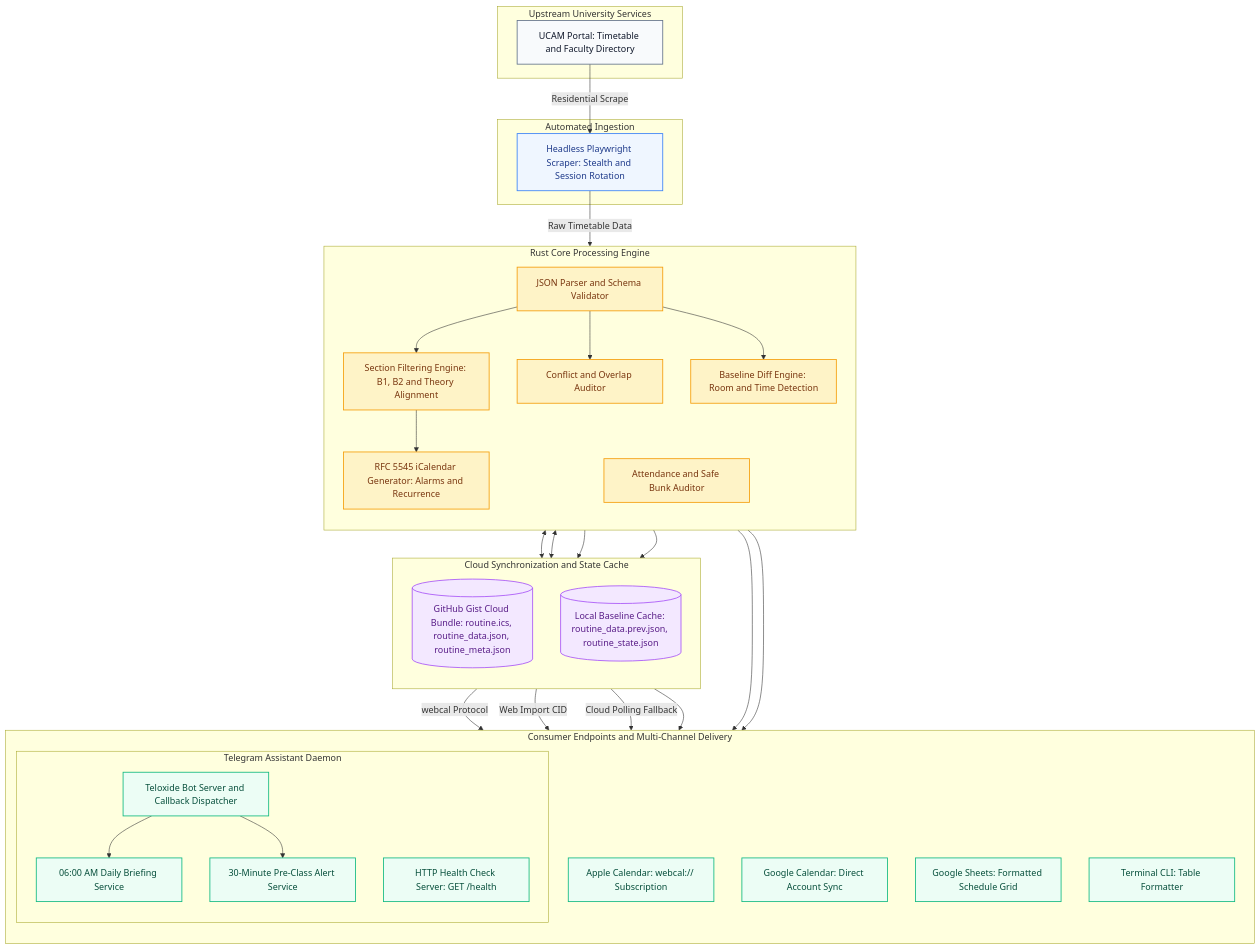
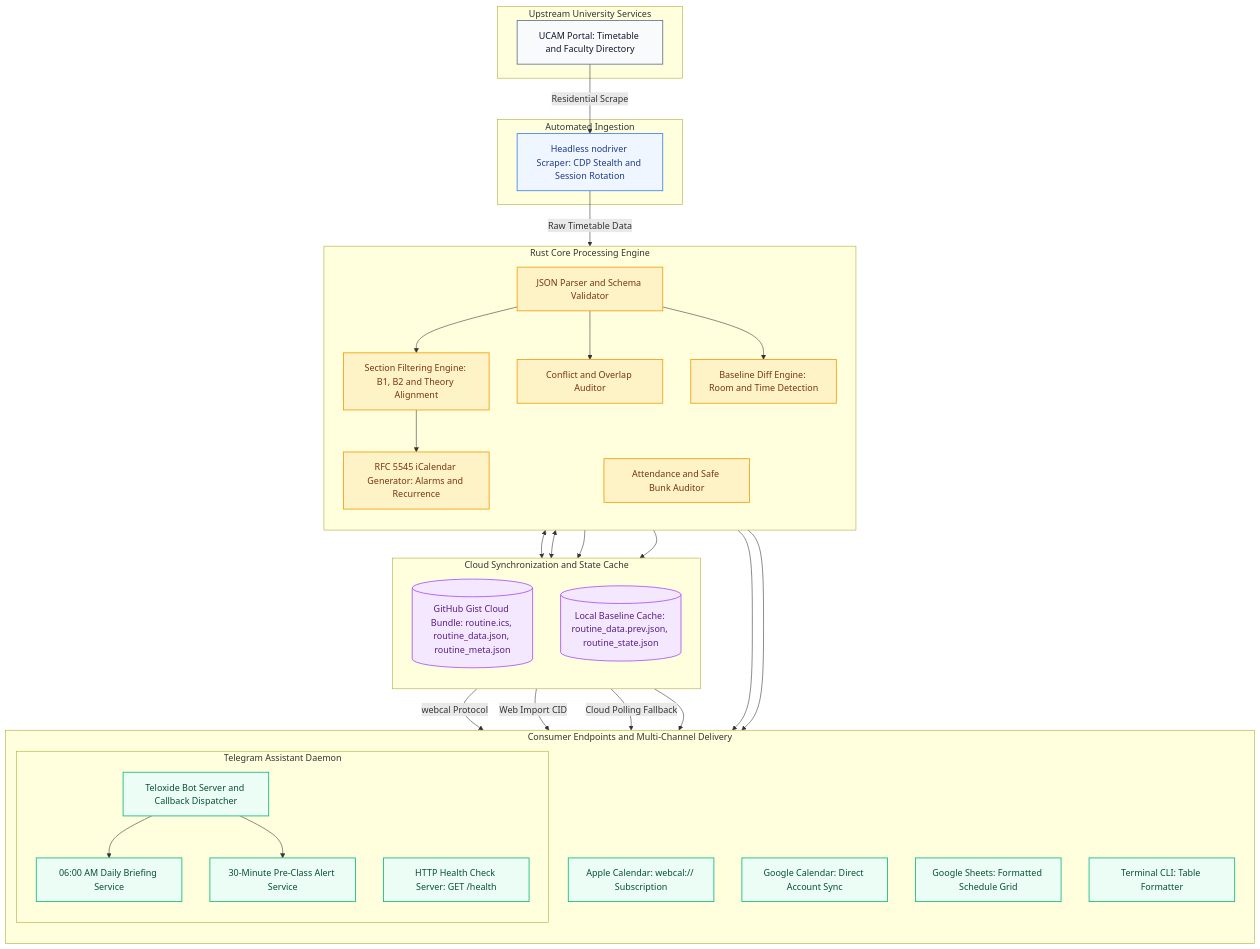
Before and after one commit to zaheen4/academic-routine: the diagram in README.md, drawn with Mermaid. The commit also changed other lines of this file and 1 other file, not shown here.

````diff
--- a/README.md
+++ b/README.md
@@ -25,70 +25,70 @@
 ```mermaid
 flowchart TD
     classDef source fill:#f8fafc,stroke:#64748b,stroke-width:1.5px,color:#0f172a;
     classDef scraper fill:#eff6ff,stroke:#3b82f6,stroke-width:1.5px,color:#1e3a8a;
     classDef core fill:#fef3c7,stroke:#f59e0b,stroke-width:1.5px,color:#78350f;
     classDef cloud fill:#f3e8ff,stroke:#a855f7,stroke-width:1.5px,color:#581c87;
     classDef client fill:#ecfdf5,stroke:#10b981,stroke-width:1.5px,color:#064e3b;
 
     subgraph Sources ["Upstream University Services"]
         UCAM["UCAM Portal: Timetable and Faculty Directory"]:::source
     end
 
     subgraph Scraping ["Automated Ingestion"]
-        Worker["Headless Playwright Scraper: Stealth and Session Rotation"]:::scraper
+        Worker["Headless nodriver Scraper: CDP Stealth and Session Rotation"]:::scraper
     end
 
     subgraph Engine ["Rust Core Processing Engine"]
         direction TB
         Parser["JSON Parser and Schema Validator"]:::core
         DiffEngine["Baseline Diff Engine: Room and Time Detection"]:::core
         SectionFilter["Section Filtering Engine: B1, B2 and Theory Alignment"]:::core
         ConflictAuditor["Conflict and Overlap Auditor"]:::core
         AttendanceAuditor["Attendance and Safe Bunk Auditor"]:::core
         ICalGenerator["RFC 5545 iCalendar Generator: Alarms and Recurrence"]:::core
     end
 
     subgraph SyncLayer ["Cloud Synchronization and State Cache"]
         direction TB
         GistBundle[("GitHub Gist Cloud Bundle: routine.ics, routine_data.json, routine_meta.json")]:::cloud
         LocalState[("Local Baseline Cache: routine_data.prev.json, routine_state.json")]:::cloud
     end
 
     subgraph Delivery ["Consumer Endpoints and Multi-Channel Delivery"]
         direction TB
         subgraph TelegramDaemon ["Telegram Assistant Daemon"]
             TGBot["Teloxide Bot Server and Callback Dispatcher"]:::client
             MorningBriefings["06:00 AM Daily Briefing Service"]:::client
             PreclassAlerts["30-Minute Pre-Class Alert Service"]:::client
             HealthServer["HTTP Health Check Server: GET /health"]:::client
         end
         AppleCal["Apple Calendar: webcal:// Subscription"]:::client
         GoogleCal["Google Calendar: Direct Account Sync"]:::client
         GSheet["Google Sheets: Formatted Schedule Grid"]:::client
         TerminalCLI["Terminal CLI: Table Formatter"]:::client
     end
 
     UCAM -->|Residential Scrape| Worker
     Worker -->|Raw Timetable Data| Parser
 
     Parser --> SectionFilter
     Parser --> ConflictAuditor
     Parser --> DiffEngine
     DiffEngine <--> LocalState
     AttendanceAuditor <--> LocalState
 
     SectionFilter --> ICalGenerator
     ICalGenerator --> GistBundle
     Parser --> GistBundle
 
     GistBundle -->|webcal Protocol| AppleCal
     GistBundle -->|Web Import CID| GoogleCal
     GistBundle -->|Cloud Polling Fallback| TGBot
     LocalState --> TGBot
 
     TGBot --> MorningBriefings
     TGBot --> PreclassAlerts
 
     SectionFilter --> GSheet
     SectionFilter --> TerminalCLI
 ```
````
